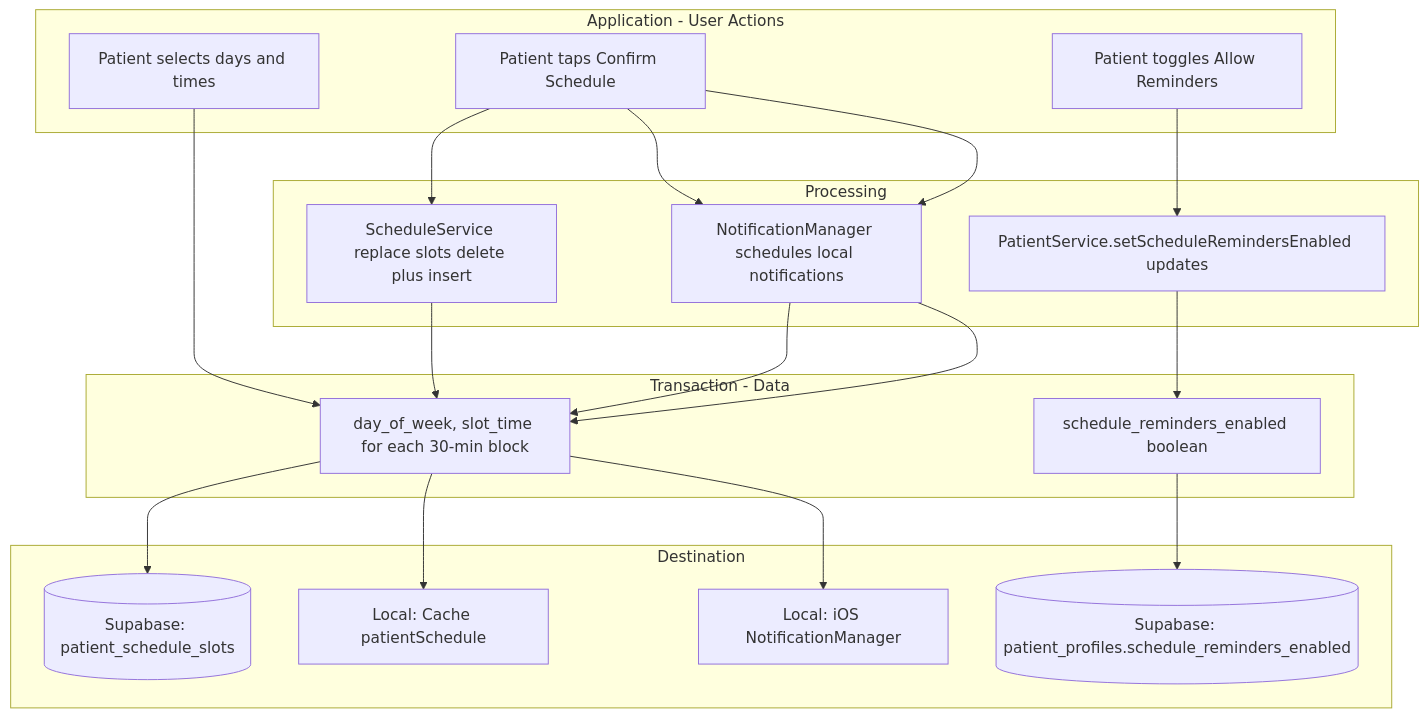
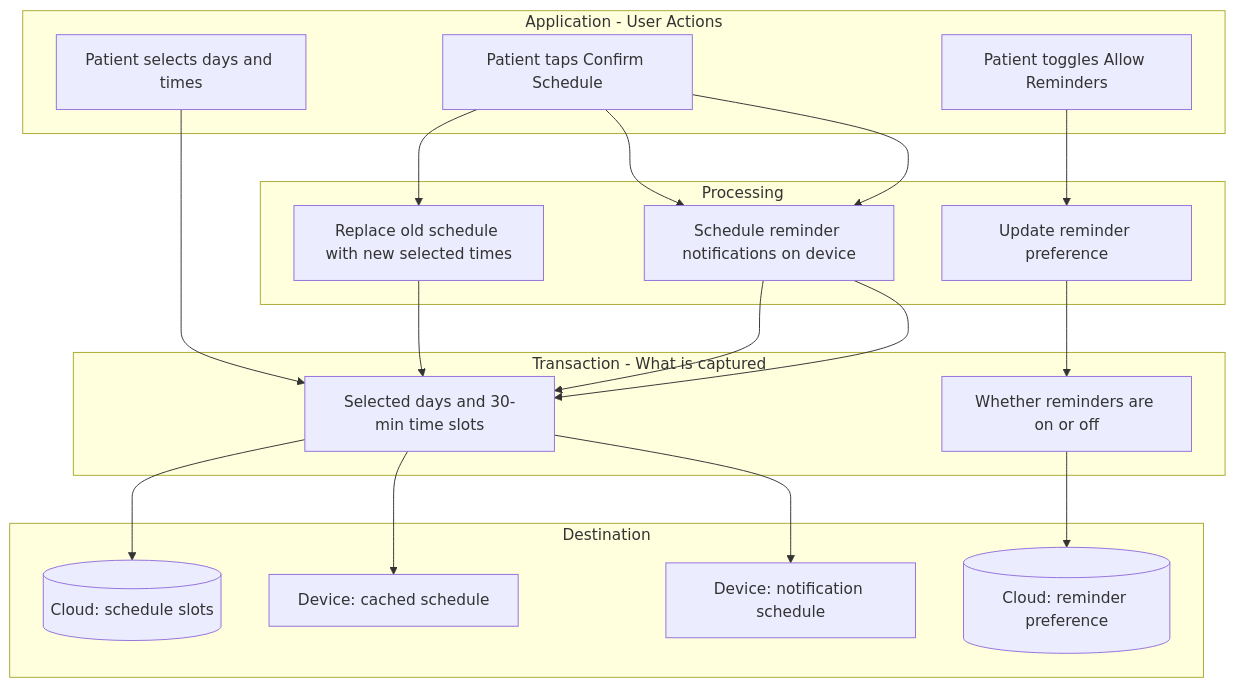
The third of 4 diagrams in docs/DATA_FLOW.md (seanja5/realrehab-mvp), drawn with Mermaid before and after one commit. The commit also changed other lines of this file and 1 other file, not shown here.

Commit message:
Use plain-language labels in data flow diagrams for non-technical audiences

````diff
--- a/docs/DATA_FLOW.md
+++ b/docs/DATA_FLOW.md
@@ -194,32 +194,32 @@
 ```mermaid
 flowchart TB
     subgraph app3 [Application - User Actions]
         A3A[Patient selects days and times]
         A3B[Patient taps Confirm Schedule]
         A3C[Patient toggles Allow Reminders]
     end
 
     subgraph proc3 [Processing]
-        P3A[ScheduleService replace slots delete plus insert]
-        P3B[PatientService.setScheduleRemindersEnabled updates]
-        P3C[NotificationManager schedules local notifications]
+        P3A[Replace old schedule with new selected times]
+        P3B[Update reminder preference]
+        P3C[Schedule reminder notifications on device]
     end
 
-    subgraph tx3 [Transaction - Data]
-        T3A[day_of_week, slot_time for each 30-min block]
-        T3B[schedule_reminders_enabled boolean]
+    subgraph tx3 [Transaction - What is captured]
+        T3A[Selected days and 30-min time slots]
+        T3B[Whether reminders are on or off]
     end
 
     subgraph dest3 [Destination]
-        D3A[(Supabase: patient_schedule_slots)]
-        D3B[(Supabase: patient_profiles.schedule_reminders_enabled)]
-        D3C[Local: Cache patientSchedule]
-        D3D[Local: iOS NotificationManager]
+        D3A[(Cloud: schedule slots)]
+        D3B[(Cloud: reminder preference)]
+        D3C[Device: cached schedule]
+        D3D[Device: notification schedule]
     end
 
     A3A --> T3A
     A3B --> P3A --> T3A --> D3A
     A3B --> P3C --> T3A --> D3C
     A3B --> P3C --> T3A --> D3D
     A3C --> P3B --> T3B --> D3B
 ```
````
